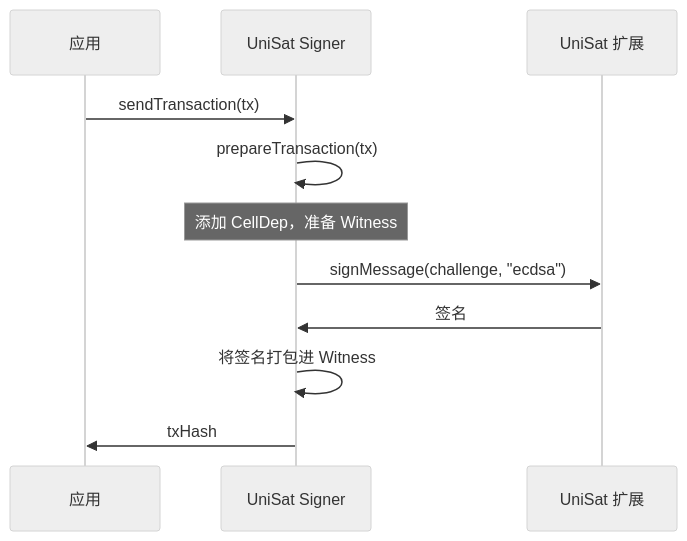
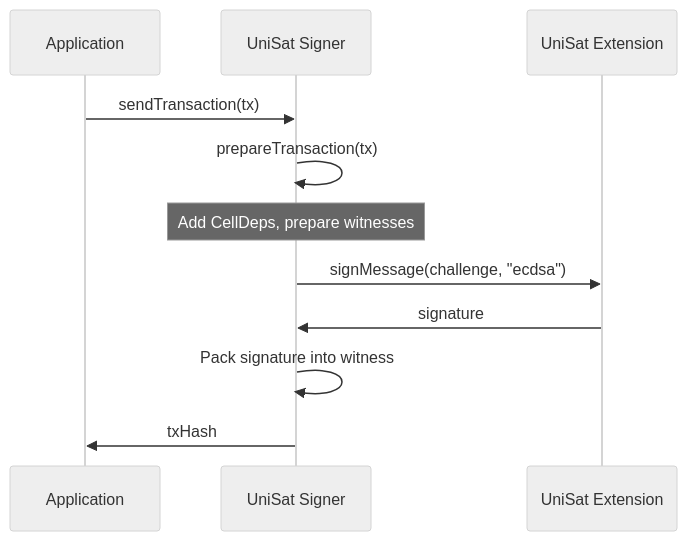
Before and after one commit to ckb-devrel/ccc: the fourth of 4 diagrams in packages/docs/content/docs/packages/wallet-integrations/uni-sat.mdx, drawn with Mermaid (neutral theme). The commit also changed other lines of this file and 15 other files, not shown here.

````diff
--- a/packages/docs/content/docs/packages/wallet-integrations/uni-sat.mdx
+++ b/packages/docs/content/docs/packages/wallet-integrations/uni-sat.mdx
@@ -122,14 +122,14 @@
 ```mermaid
 sequenceDiagram
-    participant App as 应用
+    participant App as Application
     participant Signer as UniSat Signer
-    participant Wallet as UniSat 扩展
+    participant Wallet as UniSat Extension
 
     App->>Signer: sendTransaction(tx)
     Signer->>Signer: prepareTransaction(tx)
-    Note over Signer: 添加 CellDep，准备 Witness
+    Note over Signer: Add CellDeps, prepare witnesses
     Signer->>Wallet: signMessage(challenge, "ecdsa")
-    Wallet->>Signer: 签名
-    Signer->>Signer: 将签名打包进 Witness
+    Wallet->>Signer: signature
+    Signer->>Signer: Pack signature into witness
     Signer->>App: txHash
 ```
````
